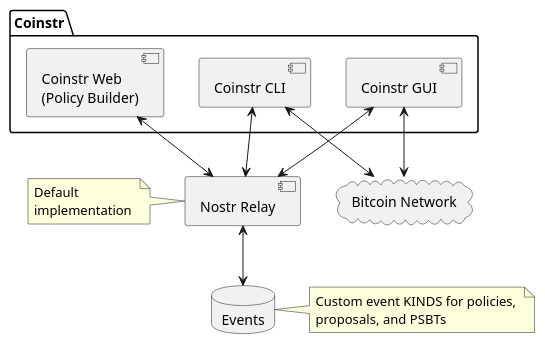
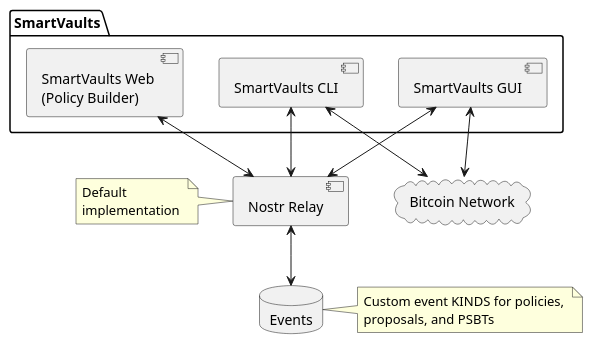
Before and after one commit to smartvaults/smartvaults: the diagram in doc/arch.iuml, drawn with PlantUML. The commit also changed 472 other files, not shown here.

Commit message:
Rebrand to Smart Vaults

```diff
--- a/doc/arch.iuml
+++ b/doc/arch.iuml
@@ -1,31 +1,31 @@
 @startuml
 
-package "Coinstr" {
-  [Coinstr Web \n(Policy Builder)]
-  [Coinstr CLI] 
-  [Coinstr GUI]
+package "SmartVaults" {
+  [SmartVaults Web \n(Policy Builder)]
+  [SmartVaults CLI] 
+  [SmartVaults GUI]
 }
 
 cloud "Bitcoin Network"
 
 database "Events" 
-[Coinstr Web \n(Policy Builder)] <--> [Nostr Relay]
+[SmartVaults Web \n(Policy Builder)] <--> [Nostr Relay]
 
 [Nostr Relay] <--> Events
-[Coinstr CLI] <--> "Bitcoin Network"
-[Coinstr GUI] <--> "Bitcoin Network"
+[SmartVaults CLI] <--> "Bitcoin Network"
+[SmartVaults GUI] <--> "Bitcoin Network"
 
-[Coinstr CLI] <--> [Nostr Relay]
-[Coinstr GUI] <--> [Nostr Relay]
+[SmartVaults CLI] <--> [Nostr Relay]
+[SmartVaults GUI] <--> [Nostr Relay]
 
 note left of [Nostr Relay]
  Default 
  implementation 
 end note
 
 note right of [Events]
  Custom event KINDS for policies, 
  proposals, and PSBTs 
 end note
 
 @enduml
```
